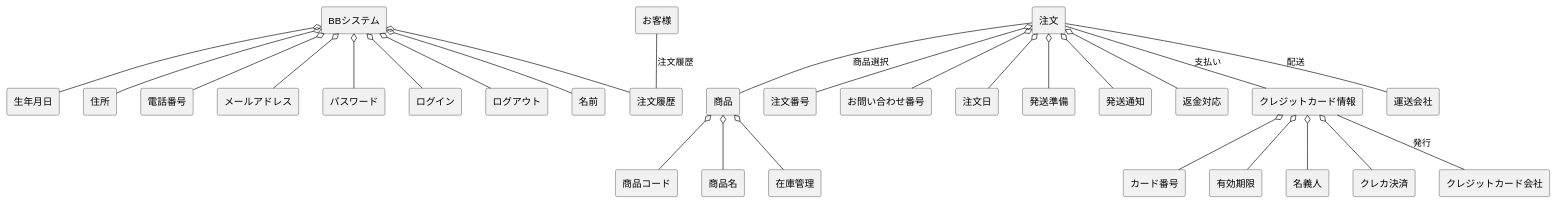
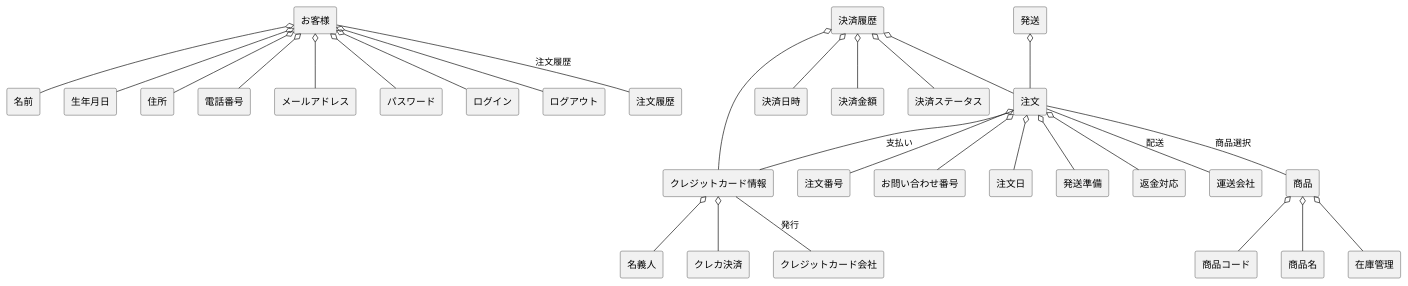
One commit to kTaiga1016/kouka changed the diagram in domain.pu. Above: the diagram before and after it, drawn with PlantUML. The commit also changed 1 other file, not shown here.

```diff
--- a/domain.pu
+++ b/domain.pu
@@ -1,36 +1,40 @@
 @startuml Robodogドメインモデル図
 skinparam componentStyle rectangle
 
-[BBシステム] o-- [名前]
-[BBシステム] o-- [生年月日]
-[BBシステム] o-- [住所]
-[BBシステム] o-- [電話番号]
-[BBシステム] o-- [メールアドレス]
-[BBシステム] o-- [パスワード]
-[BBシステム] o-- [注文履歴]
-[BBシステム] o-- [ログイン]
-[BBシステム] o-- [ログアウト]
+[お客様] o-- [名前]
+[お客様] o-- [生年月日]
+[お客様] o-- [住所]
+[お客様] o-- [電話番号]
+[お客様] o-- [メールアドレス]
+[お客様] o-- [パスワード]
+[お客様] o-- [ログイン]
+[お客様] o-- [ログアウト]
 
 [商品] o-- [商品コード]
 [商品] o-- [商品名]
 [商品] o-- [在庫管理]
 
 [注文] o-- [注文番号]
 [注文] o-- [お問い合わせ番号]
 [注文] o-- [注文日]
 [注文] o-- [発送準備]
-[注文] o-- [発送通知]
 [注文] o-- [返金対応]
 
-[クレジットカード情報] o-- [カード番号]
-[クレジットカード情報] o-- [有効期限]
+[発送] o-- [注文]
+
 [クレジットカード情報] o-- [名義人]
 [クレジットカード情報] o-- [クレカ決済]
+
+[決済履歴] o-- [注文]
+[決済履歴] o-- [クレジットカード情報]
+[決済履歴] o-- [決済日時]
+[決済履歴] o-- [決済金額]
+[決済履歴] o-- [決済ステータス]
 
 [お客様] -- [注文履歴] : 注文履歴
 [注文] -- [商品] : 商品選択
 [注文] -- [クレジットカード情報] : 支払い
 [注文] -- [運送会社] : 配送
 [クレジットカード情報] -- [クレジットカード会社] : 発行
 
 @enduml
```
